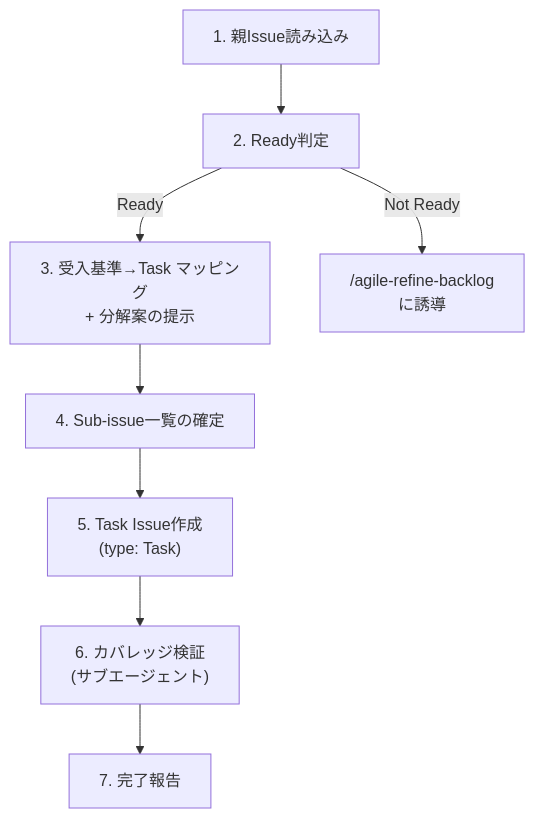
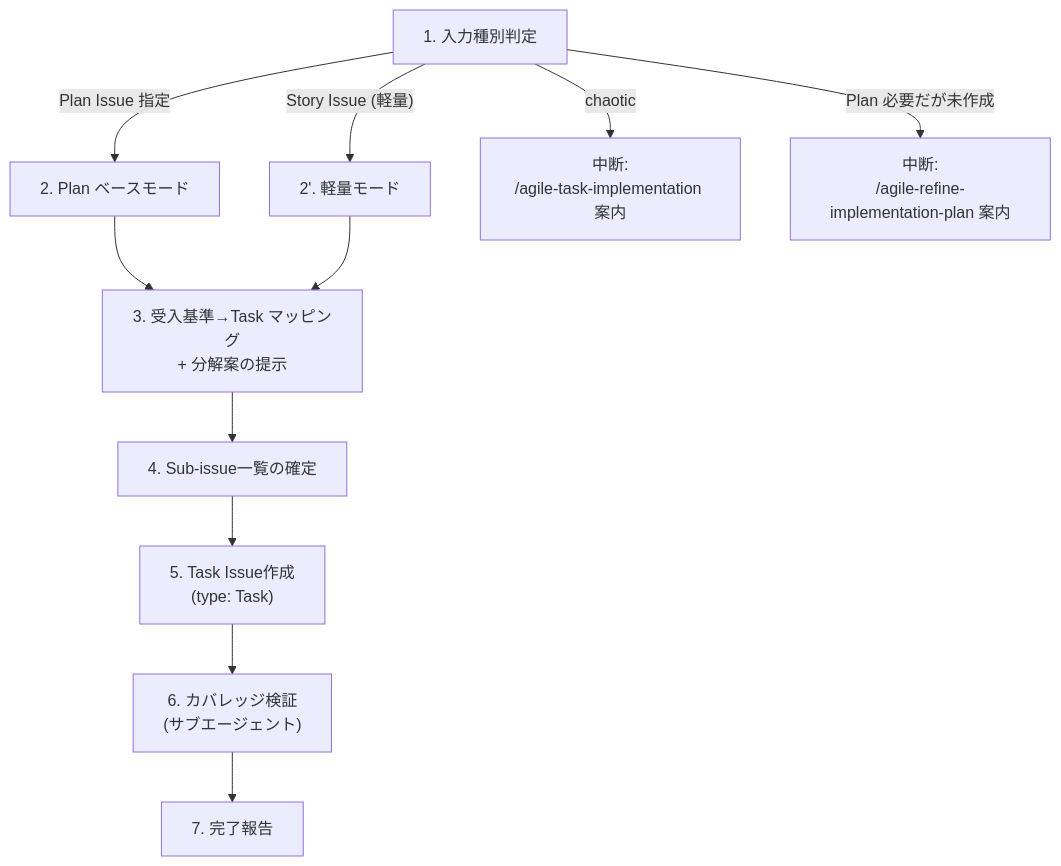
The diagram in skills/agile-implementation-plan-to-task/SKILL.md (mrtry-lab/skills), drawn with Mermaid before and after one commit. The commit also changed other lines of this file, not shown here.

First line of the commit message:
refactor: refactor renamed skill to accept Plan or Story input

````diff
--- a/skills/agile-implementation-plan-to-task/SKILL.md
+++ b/skills/agile-implementation-plan-to-task/SKILL.md
@@ -31,14 +31,17 @@
 ```mermaid
 flowchart TB
-  read["1. 親Issue読み込み"]
-  ready["2. Ready判定"]
+  input["1. 入力種別判定"]
+  plan_mode["2. Plan ベースモード"]
+  story_mode["2'. 軽量モード"]
   decompose["3. 受入基準→Task マッピング\n+ 分解案の提示"]
   confirm["4. Sub-issue一覧の確定"]
   create["5. Task Issue作成\n(type: Task)"]
   verify["6. カバレッジ検証\n(サブエージェント)"]
   report["7. 完了報告"]
 
-  read --> ready
-  ready -- "Ready" --> decompose --> confirm --> create --> verify --> report
-  ready -- "Not Ready" --> refine["/agile-refine-backlog\nに誘導"]
+  input -- "Plan Issue 指定" --> plan_mode --> decompose
+  input -- "Story Issue (軽量)" --> story_mode --> decompose
+  input -- "chaotic" --> chaotic["中断:\n/agile-task-implementation 案内"]
+  input -- "Plan 必要だが未作成" --> need_plan["中断:\n/agile-refine-implementation-plan 案内"]
+  decompose --> confirm --> create --> verify --> report
 ```
````
